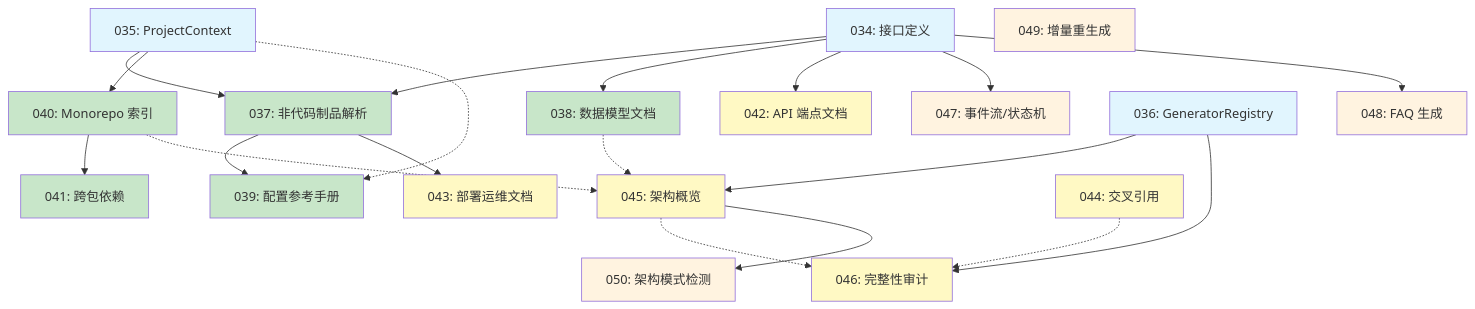
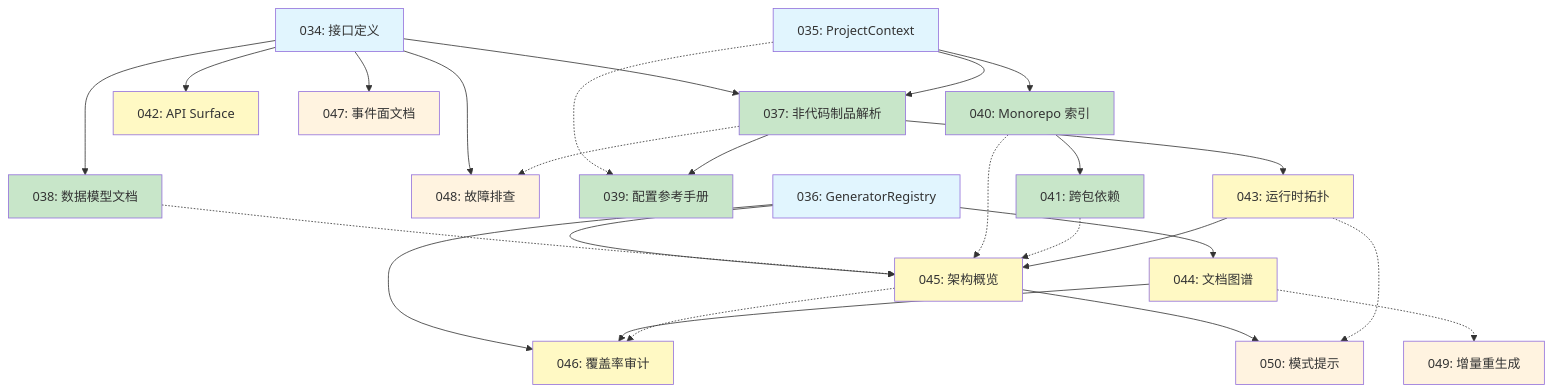
Before and after one commit to connor-git-yaml/cc-plugin-market: the diagram in specs/033-panoramic-doc-blueprint/blueprint.md, drawn with Mermaid. The commit also changed other lines of this file and 6 other files, not shown here.

````diff
--- a/specs/033-panoramic-doc-blueprint/blueprint.md
+++ b/specs/033-panoramic-doc-blueprint/blueprint.md
@@ -418,46 +421,50 @@
 ```mermaid
 graph TD
     034["034: 接口定义"] --> 037["037: 非代码制品解析"]
     034 --> 038["038: 数据模型文档"]
-    034 --> 042["042: API 端点文档"]
-    034 --> 047["047: 事件流/状态机"]
-    034 --> 048["048: FAQ 生成"]
+    034 --> 042["042: API Surface"]
+    034 --> 047["047: 事件面文档"]
+    034 --> 048["048: 故障排查"]
 
     035["035: ProjectContext"] --> 037
     035 --> 040["040: Monorepo 索引"]
     035 -.-> 039["039: 配置参考手册"]
 
-    036["036: GeneratorRegistry"] --> 045["045: 架构概览"]
-    036 --> 046["046: 完整性审计"]
+    036["036: GeneratorRegistry"] --> 044["044: 文档图谱"]
+    036 --> 045["045: 架构概览"]
+    036 --> 046["046: 覆盖率审计"]
 
     037 --> 039
-    037 --> 043["043: 部署运维文档"]
+    037 --> 043["043: 运行时拓扑"]
+    037 -.-> 048
 
     038 -.-> 045
     040 --> 041["041: 跨包依赖"]
     040 -.-> 045
+    041 -.-> 045
 
-    044["044: 交叉引用"] -.-> 046
+    043 --> 045
+    044 --> 046
     045 -.-> 046
-    045 --> 050["050: 架构模式检测"]
-
-    049["049: 增量重生成"]
+    044 -.-> 049["049: 增量重生成"]
+    045 --> 050["050: 模式提示"]
+    043 -.-> 050
 
     style 034 fill:#e1f5fe
     style 035 fill:#e1f5fe
     style 036 fill:#e1f5fe
     style 037 fill:#c8e6c9
     style 038 fill:#c8e6c9
     style 039 fill:#c8e6c9
     style 040 fill:#c8e6c9
     style 041 fill:#c8e6c9
     style 042 fill:#fff9c4
     style 043 fill:#fff9c4
     style 044 fill:#fff9c4
     style 045 fill:#fff9c4
     style 046 fill:#fff9c4
     style 047 fill:#fff3e0
     style 048 fill:#fff3e0
     style 049 fill:#fff3e0
     style 050 fill:#fff3e0
 ```
````
